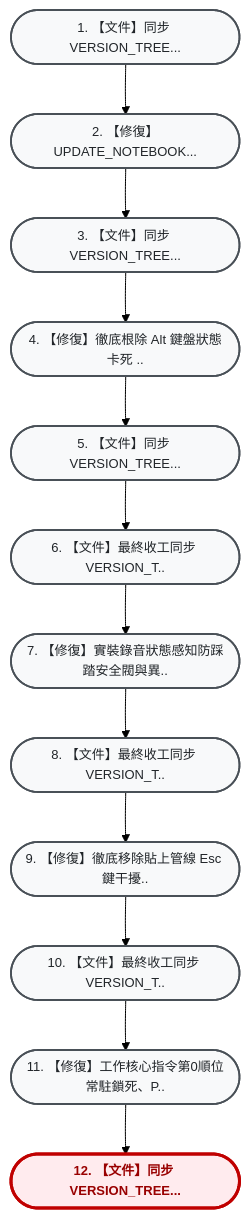
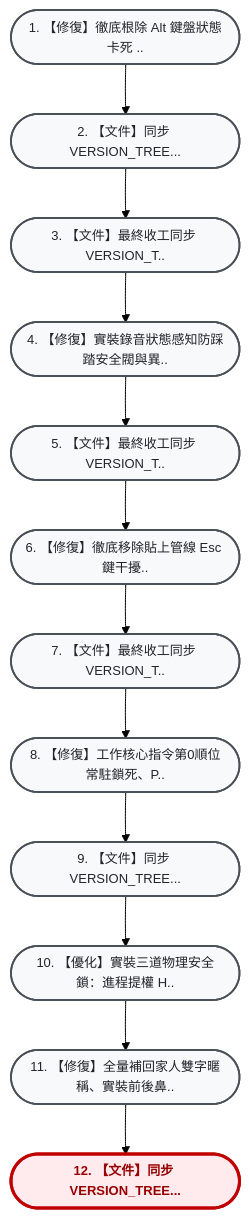
One commit to hjen8/NoType-Scribe changed the diagram in VERSION_TREE.md. Above: the diagram before and after it, drawn with Mermaid (forest theme). The commit also changed other lines of this file, not shown here.

Commit message:
【文件】同步 VERSION_TREE.md (Task 61 完工收工)

````diff
--- a/VERSION_TREE.md
+++ b/VERSION_TREE.md
@@ -13,30 +13,30 @@
 ```mermaid
 flowchart TD
     %% 雙壁版本樹專用視覺化配色風格 (由上而下 TD 垂直大字純中文版)
     classDef default fill:#f8f9fa,stroke:#495057,stroke-width:1.8px,color:#212529,font-size:13px;
     classDef current fill:#ffebee,stroke:#c00000,stroke-width:3px,color:#900,font-weight:bold,font-size:13px;
     classDef mergeNode fill:#e3f2fd,stroke:#1565c0,stroke-width:2px,color:#0d47a1,font-size:13px;
-    n_2a21125(["1. 【文件】同步 VERSION_TREE..."]):::default
-    n_a22a9d3(["2. 【修復】UPDATE_NOTEBOOK..."]):::default
-    n_95a7624(["3. 【文件】同步 VERSION_TREE..."]):::default
-    n_aef1404(["4. 【修復】徹底根除 Alt 鍵盤狀態卡死 .."]):::default
-    n_e84eb66(["5. 【文件】同步 VERSION_TREE..."]):::default
-    n_84b947b(["6. 【文件】最終收工同步 VERSION_T.."]):::default
-    n_8774d72(["7. 【修復】實裝錄音狀態感知防踩踏安全閥與異.."]):::default
-    n_3b1109f(["8. 【文件】最終收工同步 VERSION_T.."]):::default
-    n_3fd94e8(["9. 【修復】徹底移除貼上管線 Esc 鍵干擾.."]):::default
-    n_796160e(["10. 【文件】最終收工同步 VERSION_T.."]):::default
-    n_01556eb(["11. 【修復】工作核心指令第0順位常駐鎖死、P.."]):::default
-    n_df0bfc4(["12. 【文件】同步 VERSION_TREE..."]):::current
-    n_2a21125 --> n_a22a9d3
-    n_a22a9d3 --> n_95a7624
-    n_95a7624 --> n_aef1404
+    n_aef1404(["1. 【修復】徹底根除 Alt 鍵盤狀態卡死 .."]):::default
+    n_e84eb66(["2. 【文件】同步 VERSION_TREE..."]):::default
+    n_84b947b(["3. 【文件】最終收工同步 VERSION_T.."]):::default
+    n_8774d72(["4. 【修復】實裝錄音狀態感知防踩踏安全閥與異.."]):::default
+    n_3b1109f(["5. 【文件】最終收工同步 VERSION_T.."]):::default
+    n_3fd94e8(["6. 【修復】徹底移除貼上管線 Esc 鍵干擾.."]):::default
+    n_796160e(["7. 【文件】最終收工同步 VERSION_T.."]):::default
+    n_01556eb(["8. 【修復】工作核心指令第0順位常駐鎖死、P.."]):::default
+    n_de0f9ca(["9. 【文件】同步 VERSION_TREE..."]):::default
+    n_0998c9e(["10. 【優化】實裝三道物理安全鎖：進程提權 H.."]):::default
+    n_c88210e(["11. 【修復】全量補回家人雙字暱稱、實裝前後鼻.."]):::default
+    n_99e8b94(["12. 【文件】同步 VERSION_TREE..."]):::current
     n_aef1404 --> n_e84eb66
     n_e84eb66 --> n_84b947b
     n_84b947b --> n_8774d72
     n_8774d72 --> n_3b1109f
     n_3b1109f --> n_3fd94e8
     n_3fd94e8 --> n_796160e
     n_796160e --> n_01556eb
-    n_01556eb --> n_df0bfc4
+    n_01556eb --> n_de0f9ca
+    n_de0f9ca --> n_0998c9e
+    n_0998c9e --> n_c88210e
+    n_c88210e --> n_99e8b94
 ```
````
